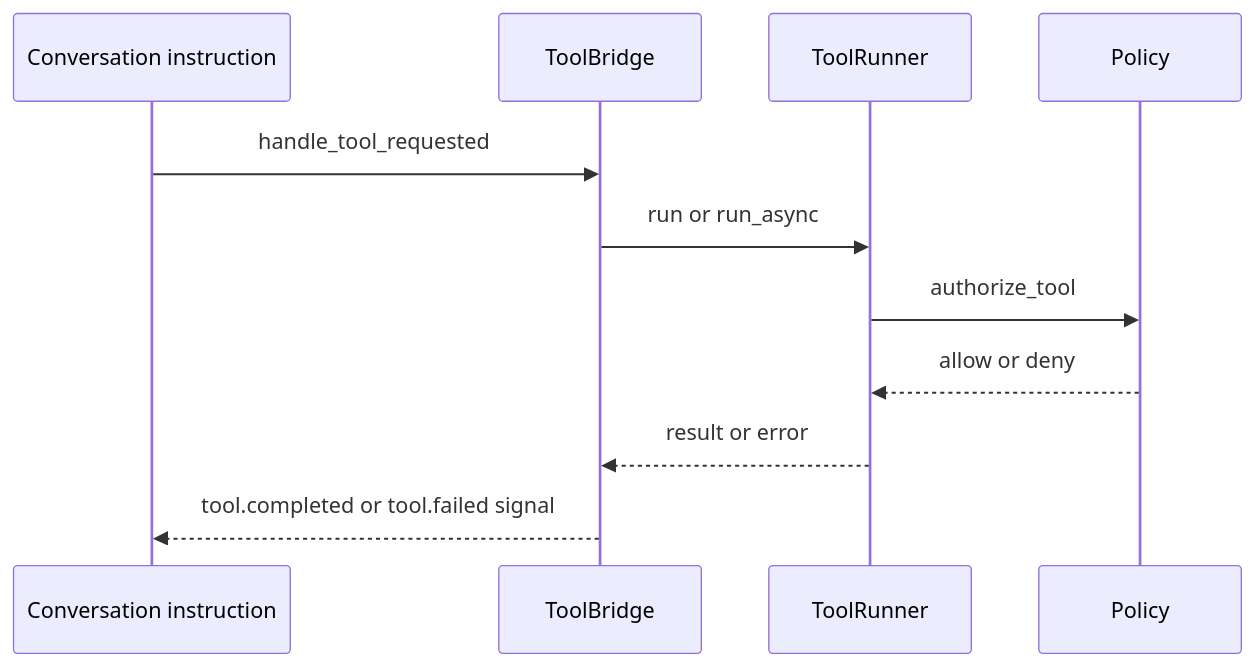
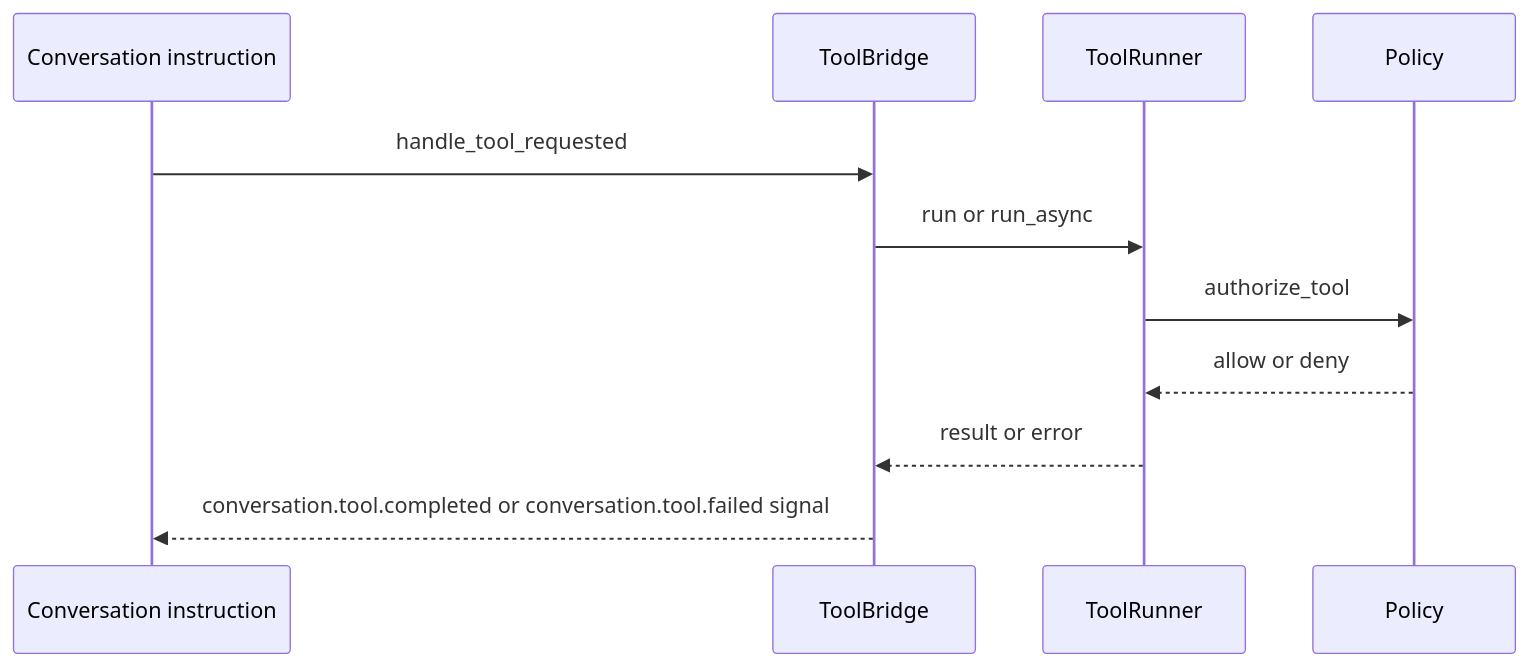
The diagram in docs/developer/06-llm-and-tool-execution.md (pcharbon70/jido_code_server), drawn with Mermaid before and after one commit. The commit also changed other lines of this file and 8 other files, not shown here.

````diff
--- a/docs/developer/06-llm-and-tool-execution.md
+++ b/docs/developer/06-llm-and-tool-execution.md
@@ -28,14 +28,14 @@
 ```mermaid
 sequenceDiagram
     participant Conv as Conversation instruction
     participant TB as ToolBridge
     participant TR as ToolRunner
     participant P as Policy
 
     Conv->>TB: handle_tool_requested
     TB->>TR: run or run_async
     TR->>P: authorize_tool
     P-->>TR: allow or deny
     TR-->>TB: result or error
-    TB-->>Conv: tool.completed or tool.failed signal
+    TB-->>Conv: conversation.tool.completed or conversation.tool.failed signal
 ```
````
